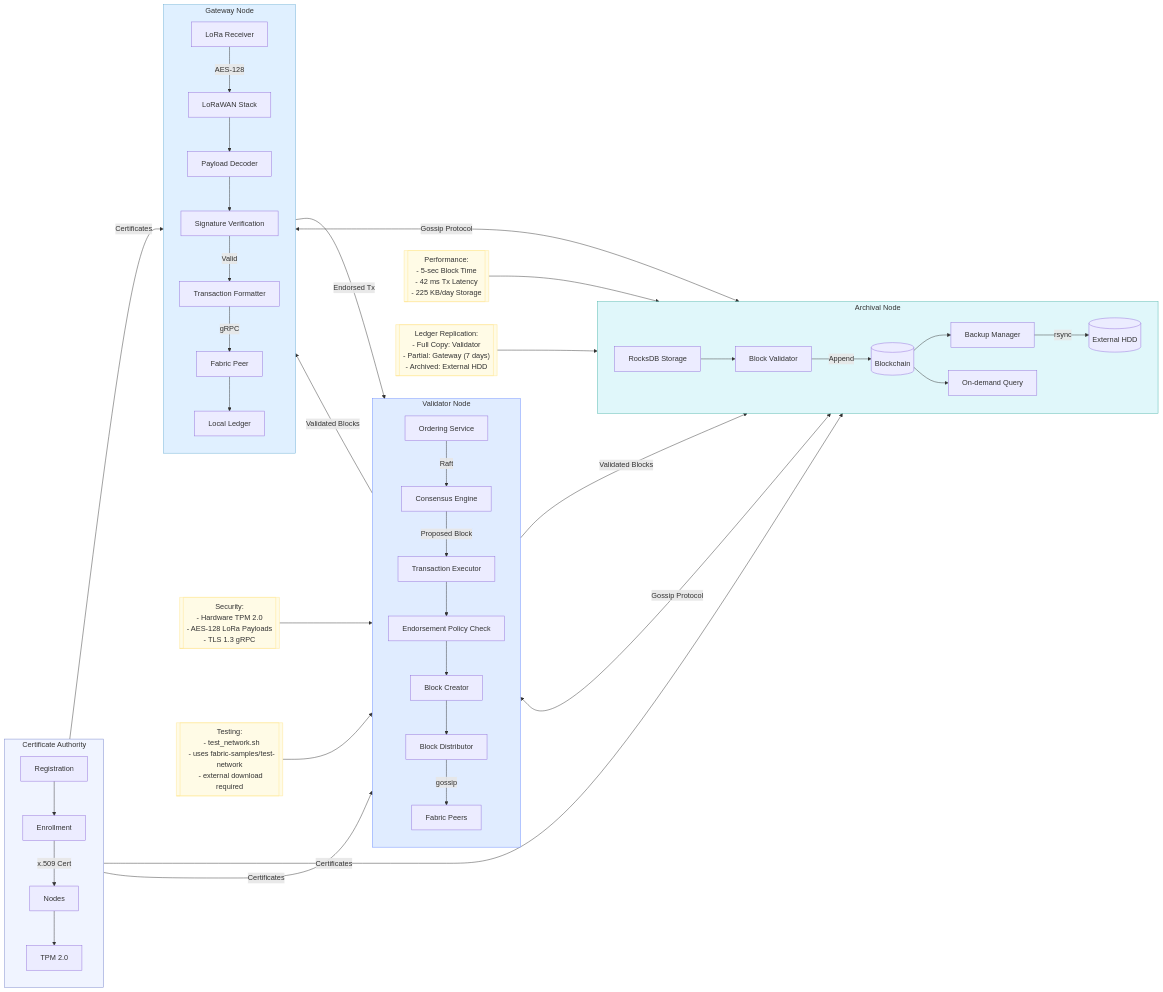
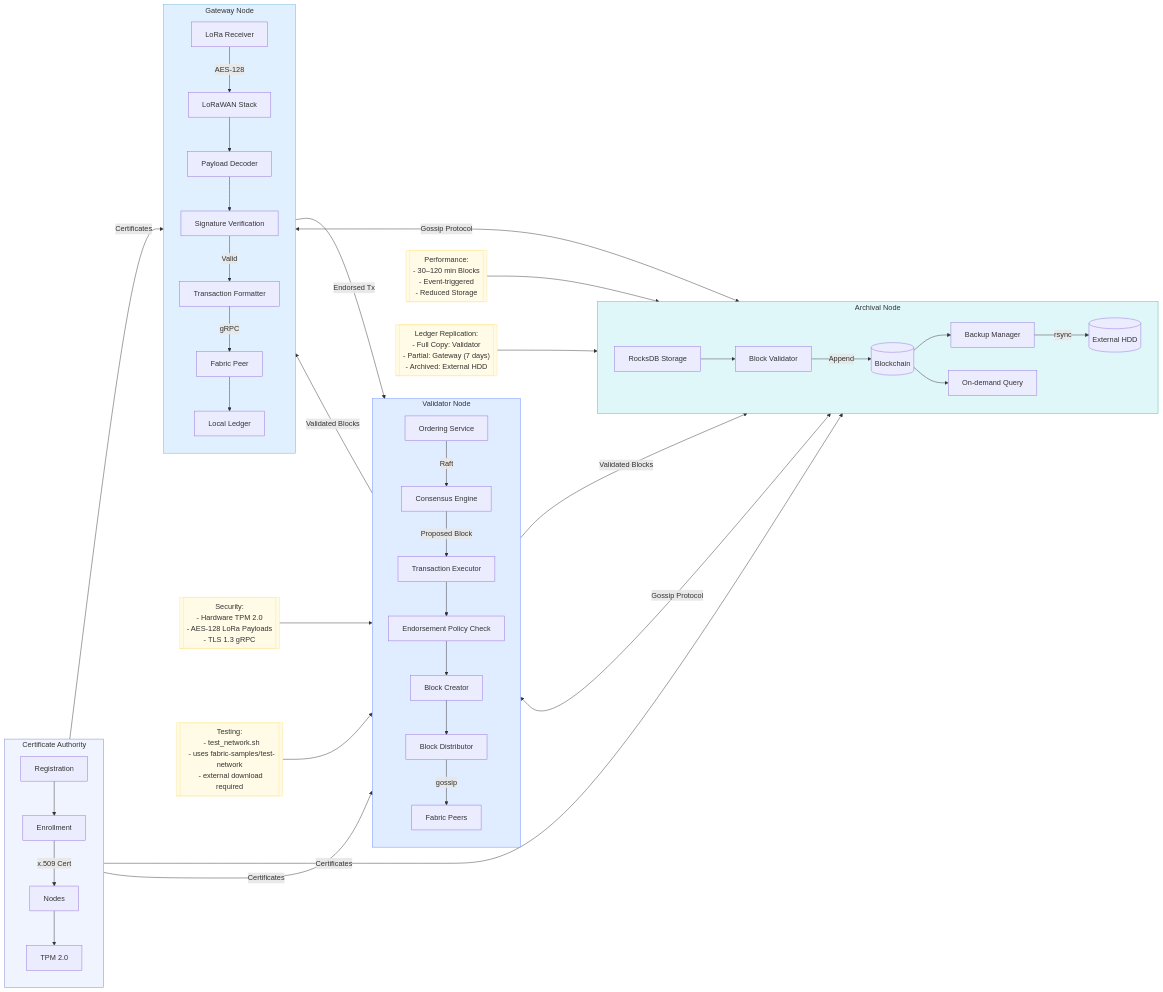
Before and after one commit to forchag/hyperledger: the first of 2 diagrams in mermaid diagram/figure2_hyperledger_network_topology.md, drawn with Mermaid. The commit also changed other lines of this file and 7 other files, not shown here.

````diff
--- a/mermaid diagram/figure2_hyperledger_network_topology.md
+++ b/mermaid diagram/figure2_hyperledger_network_topology.md
@@ -3,81 +3,81 @@
 ```mermaid
 graph LR
   %% ===== GATEWAY NODE =====
   subgraph GW[Gateway Node]
     direction TB
     LORA[LoRa Receiver] -->|AES-128| RX[LoRaWAN Stack]
     RX --> DEC[Payload Decoder]
     DEC --> VALID1[Signature Verification]
     VALID1 -->|Valid| FORMAT[Transaction Formatter]
     FORMAT -->|gRPC| PEER[Fabric Peer]
     PEER --> LEDGER1[Local Ledger]
 
     style GW fill:#e0f0ff,stroke:#6baed6
   end
 
   %% ===== VALIDATOR NODE =====
   subgraph VAL[Validator Node]
     direction TB
     OS[Ordering Service] -->|Raft| CONS[Consensus Engine]
     CONS -->|Proposed Block| EXEC[Transaction Executor]
     EXEC --> VALID2[Endorsement Policy Check]
     VALID2 --> BLOCK[Block Creator]
     BLOCK --> DIST[Block Distributor]
     DIST -->|gossip| PEER2[Fabric Peers]
 
     style VAL fill:#e0ecff,stroke:#6b8cff
   end
 
   %% ===== ARCHIVAL NODE =====
   subgraph ARC[Archival Node]
     direction LR
     STORE[RocksDB Storage] --> VALID3[Block Validator]
     VALID3 -->|Append| CHAIN[(Blockchain)]
     CHAIN --> BCKP[Backup Manager]
     BCKP -->|rsync| EXT[(External HDD)]
     CHAIN --> QUERY[On-demand Query]
 
     style ARC fill:#e0f7fa,stroke:#4db6ac
   end
 
   %% ===== CERTIFICATE AUTHORITY =====
   subgraph CA[Certificate Authority]
     direction TB
     REG[Registration] --> ENROLL[Enrollment]
     ENROLL -->|x.509 Cert| ALL[Nodes]
     ALL --> TPM[TPM 2.0]
 
     style CA fill:#f0f4ff,stroke:#7986cb
   end
 
   %% ===== DATA FLOW =====
   GW -->|Endorsed Tx| VAL
   VAL -->|Validated Blocks| ARC
   VAL -->|Validated Blocks| GW
   CA -->|Certificates| GW
   CA -->|Certificates| VAL
   CA -->|Certificates| ARC
   ARC <-->|Gossip Protocol| GW
   ARC <-->|Gossip Protocol| VAL
 
   %% ===== ANNOTATIONS =====
   ANNOT1[["Security:
   - Hardware TPM 2.0
   - AES-128 LoRa Payloads
   - TLS 1.3 gRPC"]]:::annot --> VAL
   ANNOT2[["Performance:
-  - 5-sec Block Time
-  - 42 ms Tx Latency
-  - 225 KB/day Storage"]]:::annot --> ARC
+  - 30–120 min Blocks
+  - Event-triggered
+  - Reduced Storage"]]:::annot --> ARC
   ANNOT3[["Ledger Replication:
   - Full Copy: Validator
   - Partial: Gateway (7 days)
   - Archived: External HDD"]]:::annot --> ARC
   ANNOT4[["Testing:
   - test_network.sh
   - uses fabric-samples/test-network
   - external download required"]]:::annot --> PEER2
 
   %% ===== STYLES =====
   classDef annot fill:#fffbe6,stroke:#ffe58f
 ```
````
